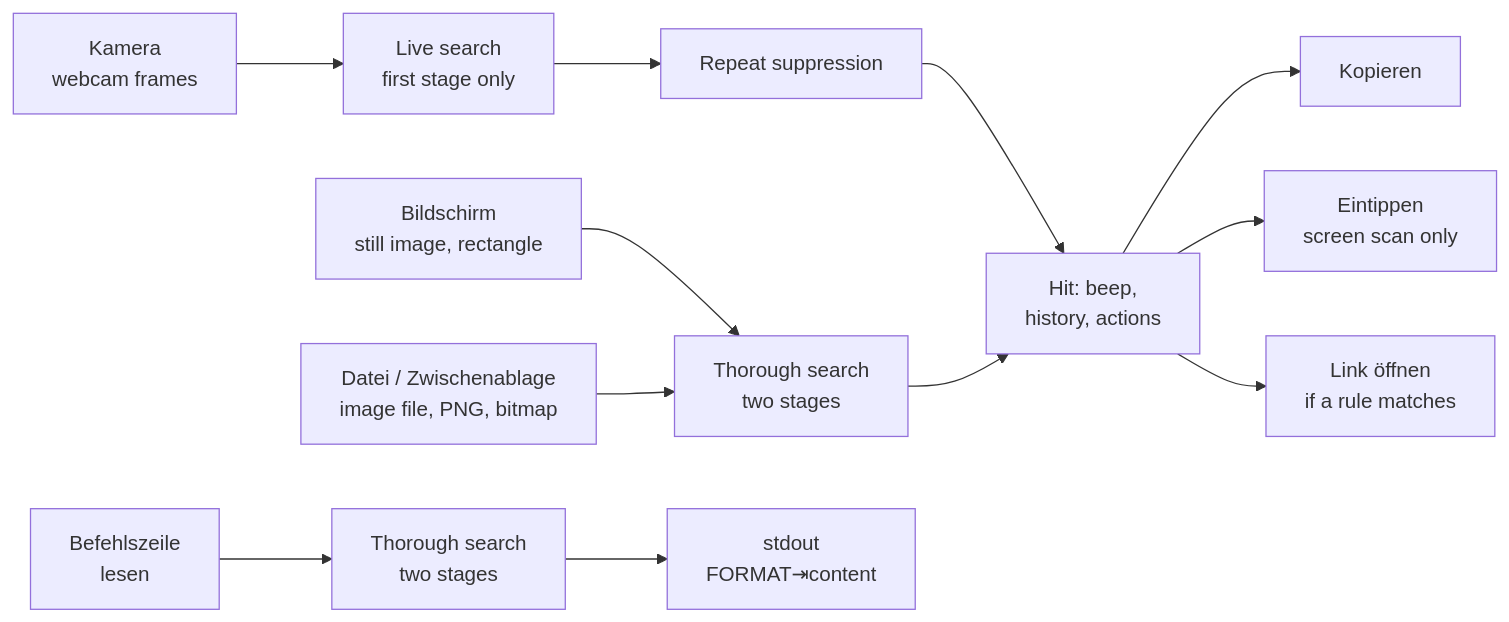
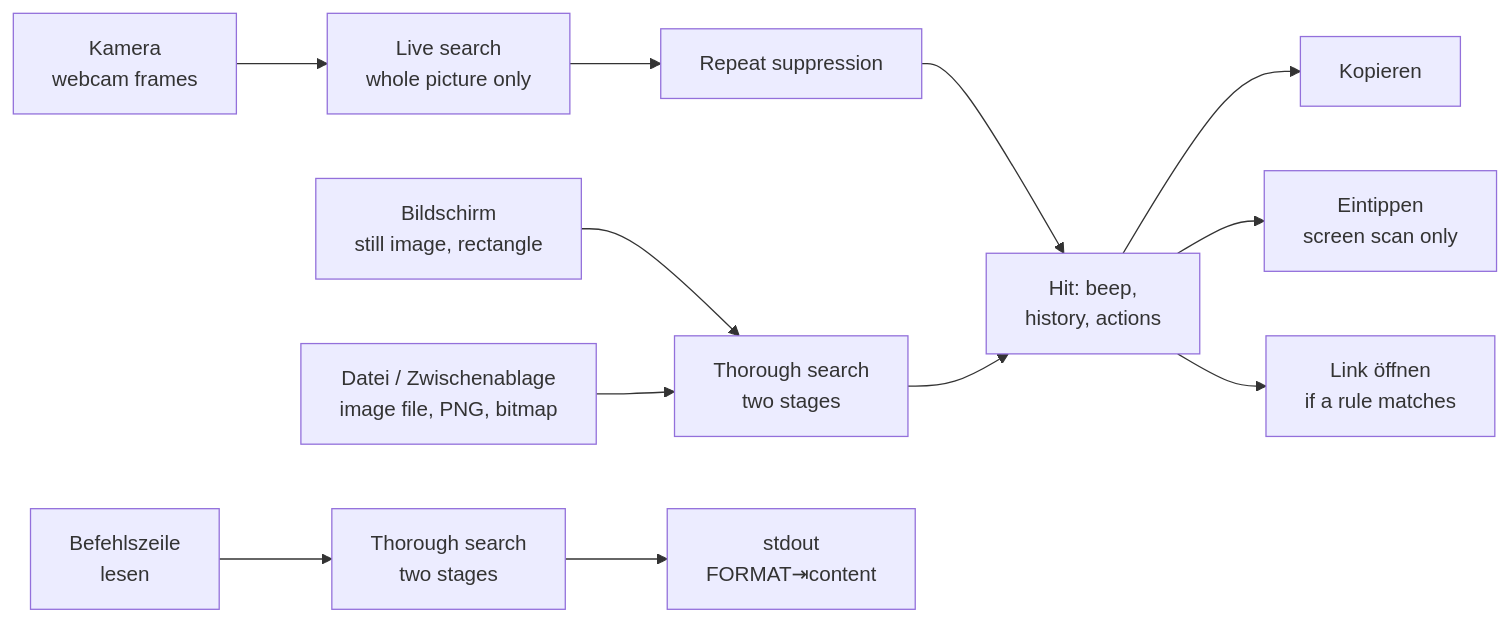
The diagram in docs/how-it-works.md (ict-baden/lupe), drawn with Mermaid before and after one commit. The commit also changed other lines of this file and 14 other files, not shown here.

````diff
--- a/docs/how-it-works.md
+++ b/docs/how-it-works.md
@@ -11,14 +11,14 @@
 ```mermaid
 flowchart LR
-    K["Kamera<br>webcam frames"] --> L["Live search<br>first stage only"]
+    K["Kamera<br>webcam frames"] --> L["Live search<br>whole picture only"]
     B["Bildschirm<br>still image, rectangle"] --> T["Thorough search<br>two stages"]
     D["Datei / Zwischenablage<br>image file, PNG, bitmap"] --> T
     C["Befehlszeile<br>lesen"] --> TC["Thorough search<br>two stages"]
     L --> R["Repeat suppression"]
     R --> H["Hit: beep,<br>history, actions"]
     T --> H
     TC --> O["stdout<br>FORMAT⇥content"]
     H --> A["Kopieren"]
     H --> E["Eintippen<br>screen scan only"]
     H --> N["Link öffnen<br>if a rule matches"]
 ```
````
